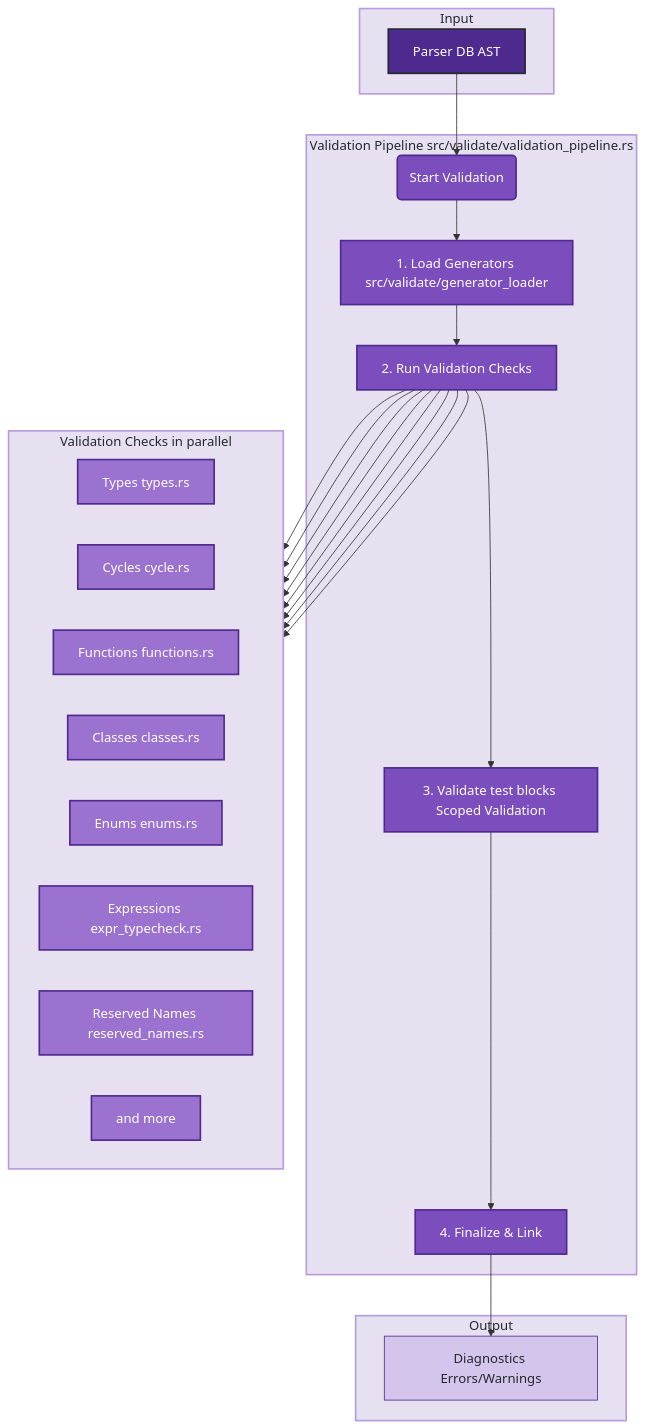
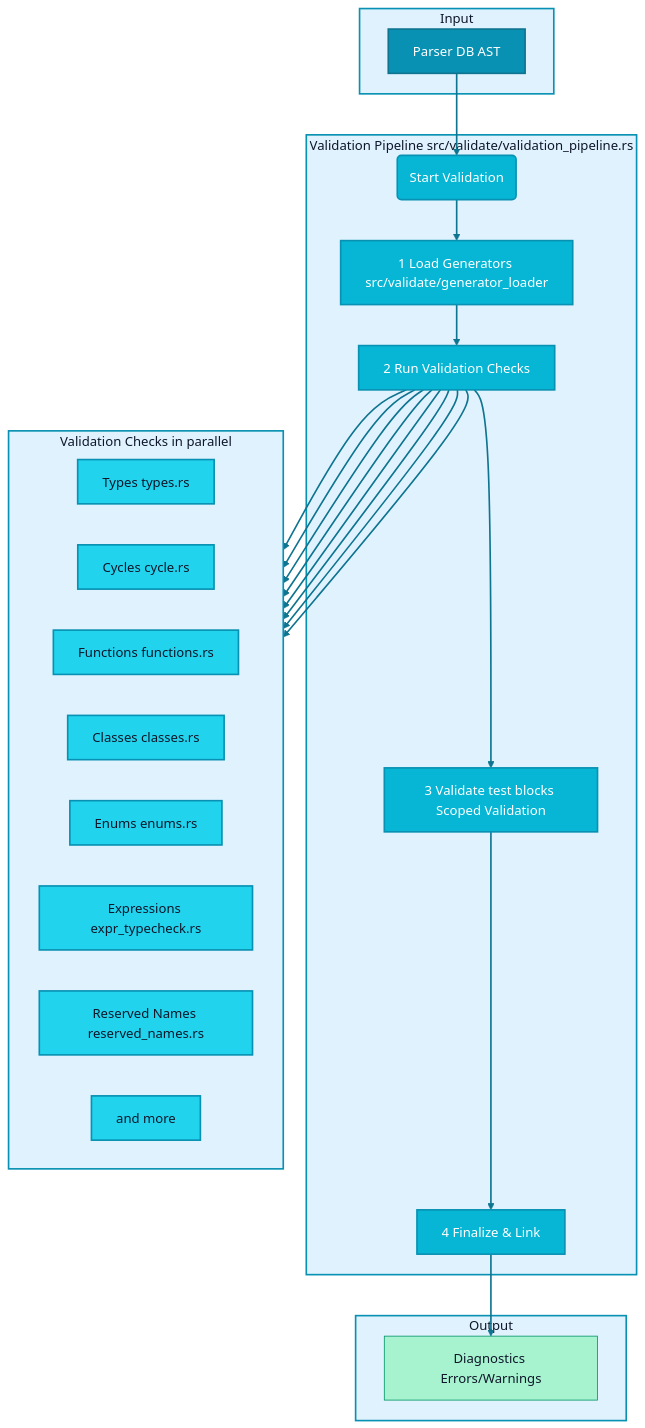
The second of 8 diagrams in baml_internals.md (nshkrdotcom/ds_ex), drawn with Mermaid before and after one commit. The commit also changed other lines of this file and 31 other files, not shown here.

````diff
--- a/baml_internals.md
+++ b/baml_internals.md
@@ -72,53 +92,56 @@
 ```mermaid
 graph TD
     subgraph InputAST["Input"]
         AST[Parser DB AST]
     end
 
     subgraph ValidationPipeline["Validation Pipeline src/validate/validation_pipeline.rs"]
         Start(Start Validation)
-        LoadGenerators[1. Load Generators src/validate/generator_loader]
-        RunValidations[2. Run Validation Checks]
-        ValidateTests[3. Validate test blocks Scoped Validation]
-        Finalize[4. Finalize & Link]
+        LoadGenerators[1 Load Generators src/validate/generator_loader]
+        RunValidations[2 Run Validation Checks]
+        ValidateTests[3 Validate test blocks Scoped Validation]
+        Finalize[4 Finalize & Link]
     end
     
     subgraph ValidationChecks["Validation Checks in parallel"]
         direction LR
         A[Types types.rs]
         B[Cycles cycle.rs]
         C[Functions functions.rs]
         D[Classes classes.rs]
         E[Enums enums.rs]
         F[Expressions expr_typecheck.rs]
         G[Reserved Names reserved_names.rs]
         H[and more]
     end
 
     subgraph OutputDiag["Output"]
         Diagnostics[Diagnostics Errors/Warnings]
     end
 
     AST --> Start
     Start --> LoadGenerators
     LoadGenerators --> RunValidations
     RunValidations --> A & B & C & D & E & F & G & H
     RunValidations --> ValidateTests
     ValidateTests --> Finalize
     Finalize --> Diagnostics
     
-    %% Elixir-inspired styling
-    classDef setupPhase fill:#4e2a8e,stroke:#24292e,stroke-width:2px,color:#fff
-    classDef concurrentEngine fill:#7c4dbd,stroke:#4e2a8e,stroke-width:2px,color:#fff
-    classDef taskNode fill:#9b72d0,stroke:#4e2a8e,stroke-width:2px,color:#fff
-    classDef processNode fill:#b89ce0,stroke:#4e2a8e,stroke-width:2px,color:#24292e
-    classDef resultNode fill:#d4c5ec,stroke:#4e2a8e,stroke-width:1px,color:#24292e
-    classDef aggregationPhase fill:#f5f5f5,stroke:#666,stroke-width:2px,color:#24292e
-    classDef subgraphTitleTop fill:#e6e0f0,stroke:#b89ce0,stroke-width:2px,color:#24292e
+    %% BAML-inspired styling
+    classDef setupPhase fill:#0891b2,stroke:#0e7490,stroke-width:2px,color:#fff
+    classDef concurrentEngine fill:#06b6d4,stroke:#0891b2,stroke-width:2px,color:#fff
+    classDef taskNode fill:#22d3ee,stroke:#0891b2,stroke-width:2px,color:#0f172a
+    classDef processNode fill:#67e8f9,stroke:#0891b2,stroke-width:2px,color:#0f172a
+    classDef resultNode fill:#a7f3d0,stroke:#059669,stroke-width:1px,color:#0f172a
+    classDef aggregationPhase fill:#f3f4f6,stroke:#6b7280,stroke-width:2px,color:#374151
+    classDef subgraphTitleTop fill:#e0f2fe,stroke:#0891b2,stroke-width:2px,color:#0f172a
 
     class AST setupPhase
     class Start,LoadGenerators,RunValidations,ValidateTests,Finalize concurrentEngine
     class A,B,C,D,E,F,G,H taskNode
     class Diagnostics resultNode
     class InputAST,ValidationPipeline,ValidationChecks,OutputDiag subgraphTitleTop
+
+    %% BAML brand styling for arrows
+    linkStyle default stroke:#0e7490,stroke-width:2px
 ```
````
